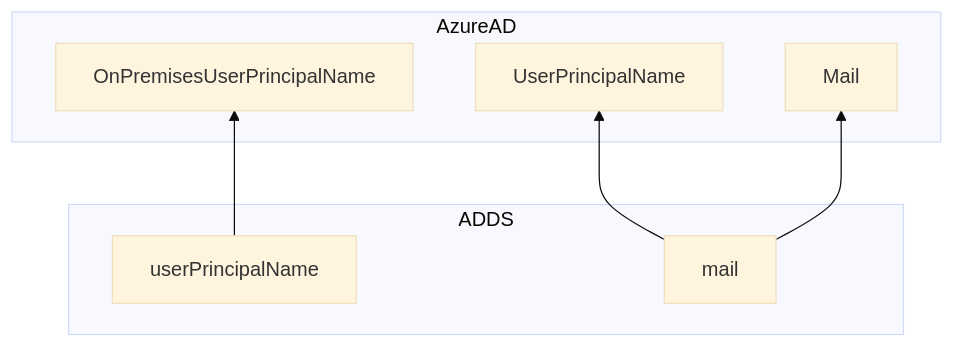
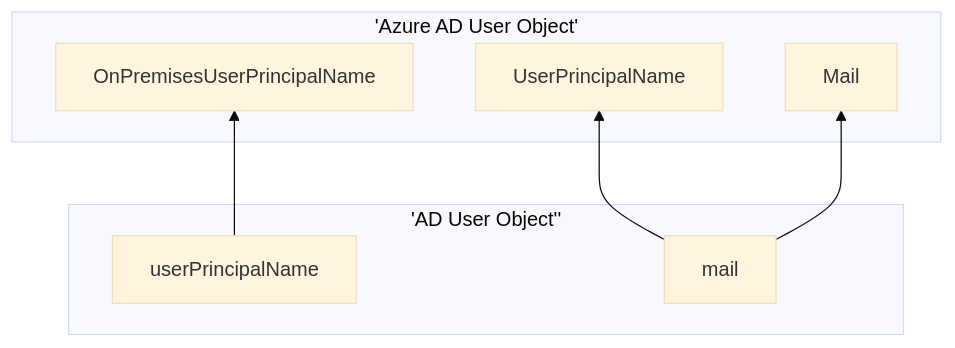
The diagram in doc/AAD-CertificateBasedAuthentication-DODPKI.md (amasse3/AzureAD-Baseline-MLZ), drawn with Mermaid (base theme) before and after one commit.

`````diff
--- a/doc/AAD-CertificateBasedAuthentication-DODPKI.md
+++ b/doc/AAD-CertificateBasedAuthentication-DODPKI.md
@@ -25,15 +25,15 @@
 ````mermaid
 flowchart BT
-    subgraph AzureAD
+    subgraph 'Azure AD User Object'
     UserPrincipalName
     OnPremisesUserPrincipalName
     Mail
     end
-    subgraph ADDS
+    subgraph 'AD User Object''
     userPrincipalName
     mail
     end
     userPrincipalName-->OnPremisesUserPrincipalName
     mail-->UserPrincipalName
     mail-->Mail
 ````
`````
